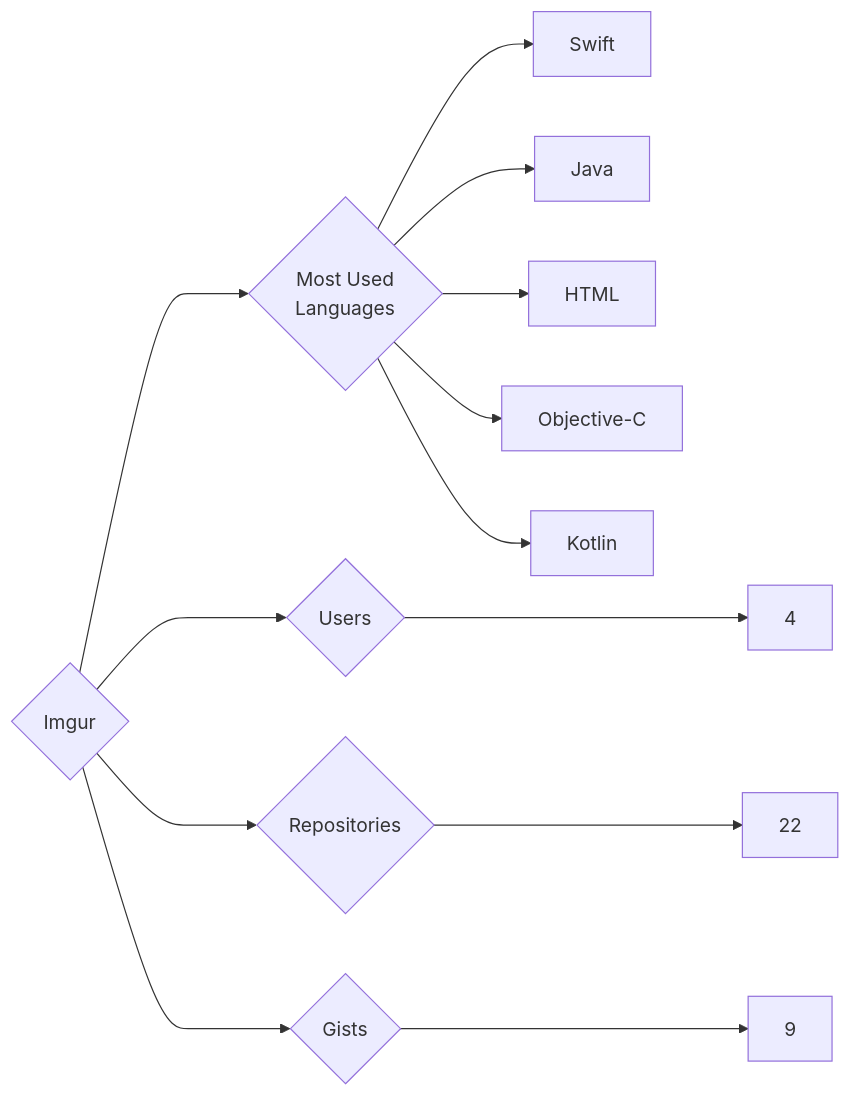
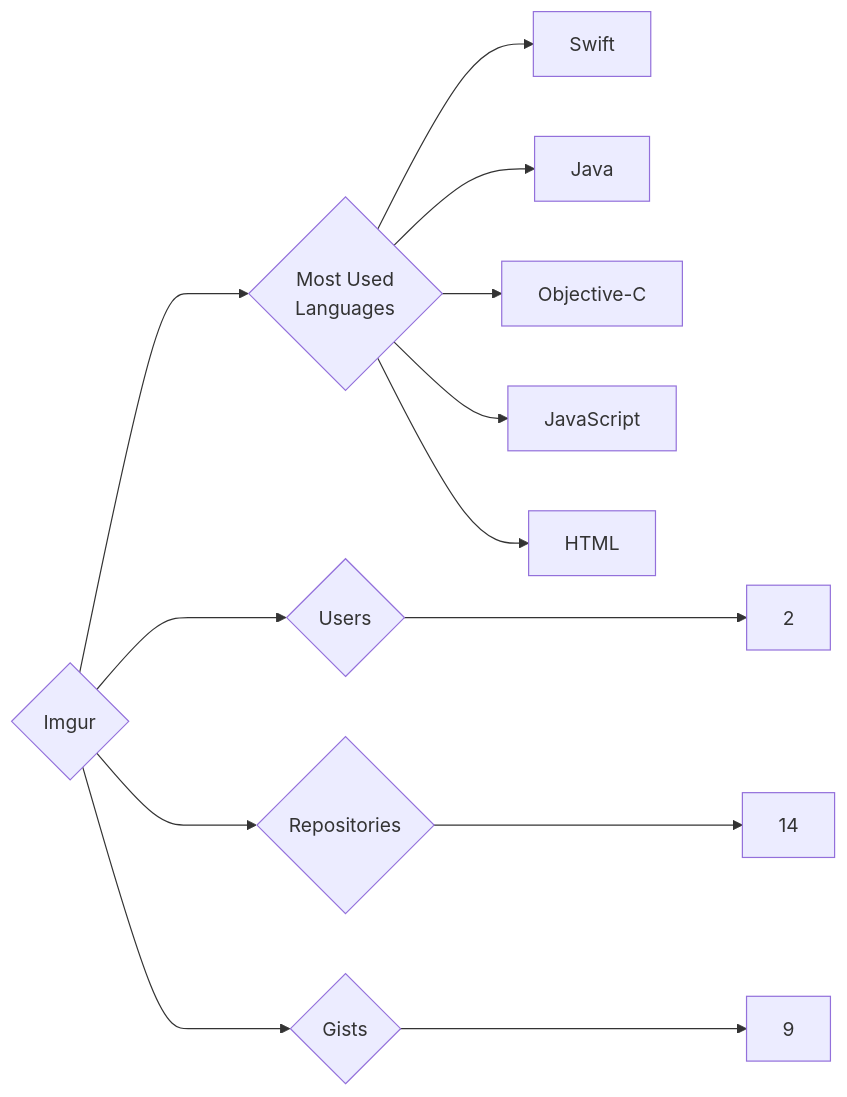
The diagram in targets/Imgur/README.md (trickest/insiders), drawn with Mermaid before and after one commit. The commit also changed 930 other files, not shown here.

````diff
--- a/targets/Imgur/README.md
+++ b/targets/Imgur/README.md
@@ -3,13 +3,13 @@
 ```mermaid
 graph LR
 COMPANY_NAME{Imgur}
-COMPANY_NAME ---> U{Users} ---> UN[4]
-COMPANY_NAME ---> R{Repositories} ---> RN[22]
+COMPANY_NAME ---> U{Users} ---> UN[2]
+COMPANY_NAME ---> R{Repositories} ---> RN[14]
 COMPANY_NAME ---> G{Gists} ---> GN[9]
 COMPANY_NAME ---> ML{Most Used<br>Languages}
 ML --> Swift[Swift]
 ML --> Java[Java]
+ML --> Objective-C[Objective-C]
+ML --> JavaScript[JavaScript]
 ML --> HTML[HTML]
-ML --> Objective-C[Objective-C]
-ML --> Kotlin[Kotlin]
 ```
````
